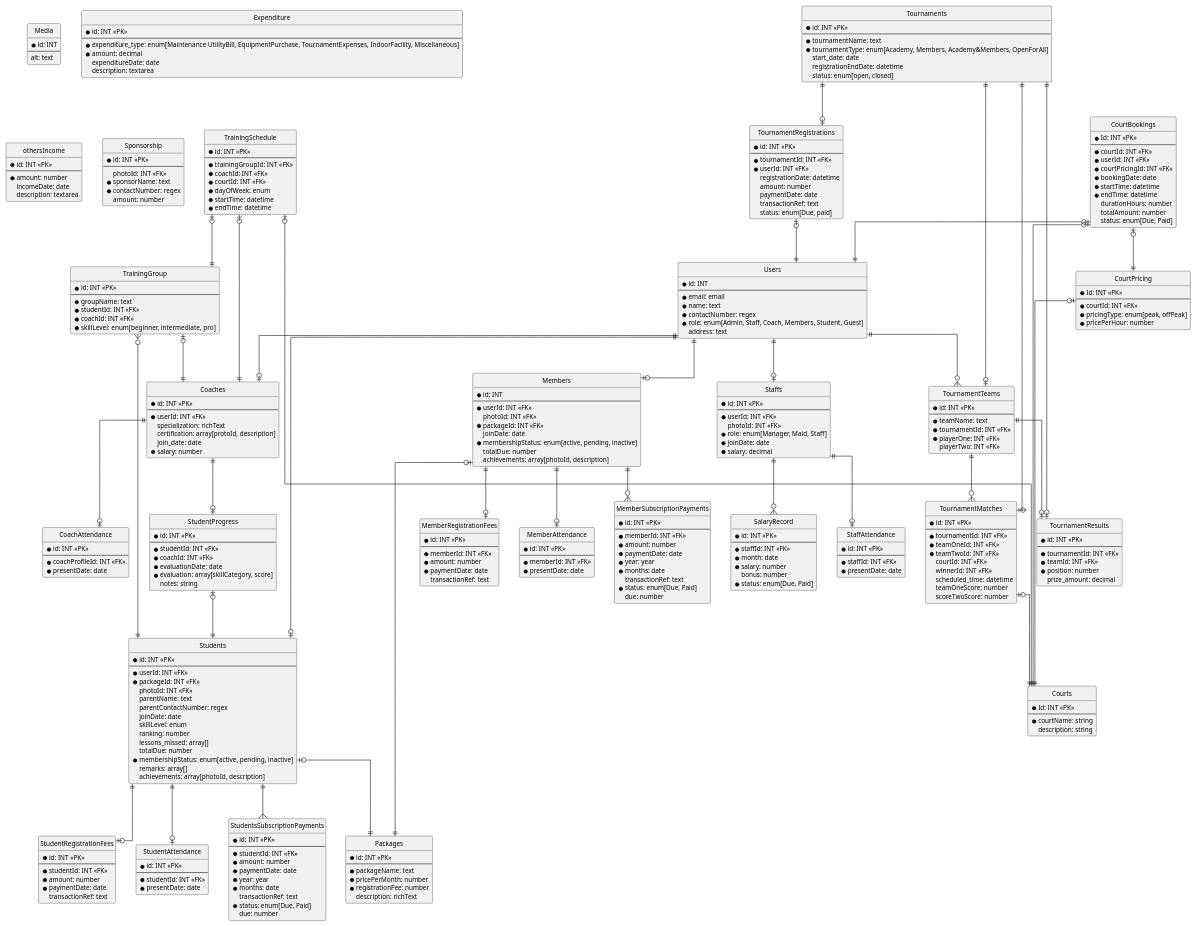
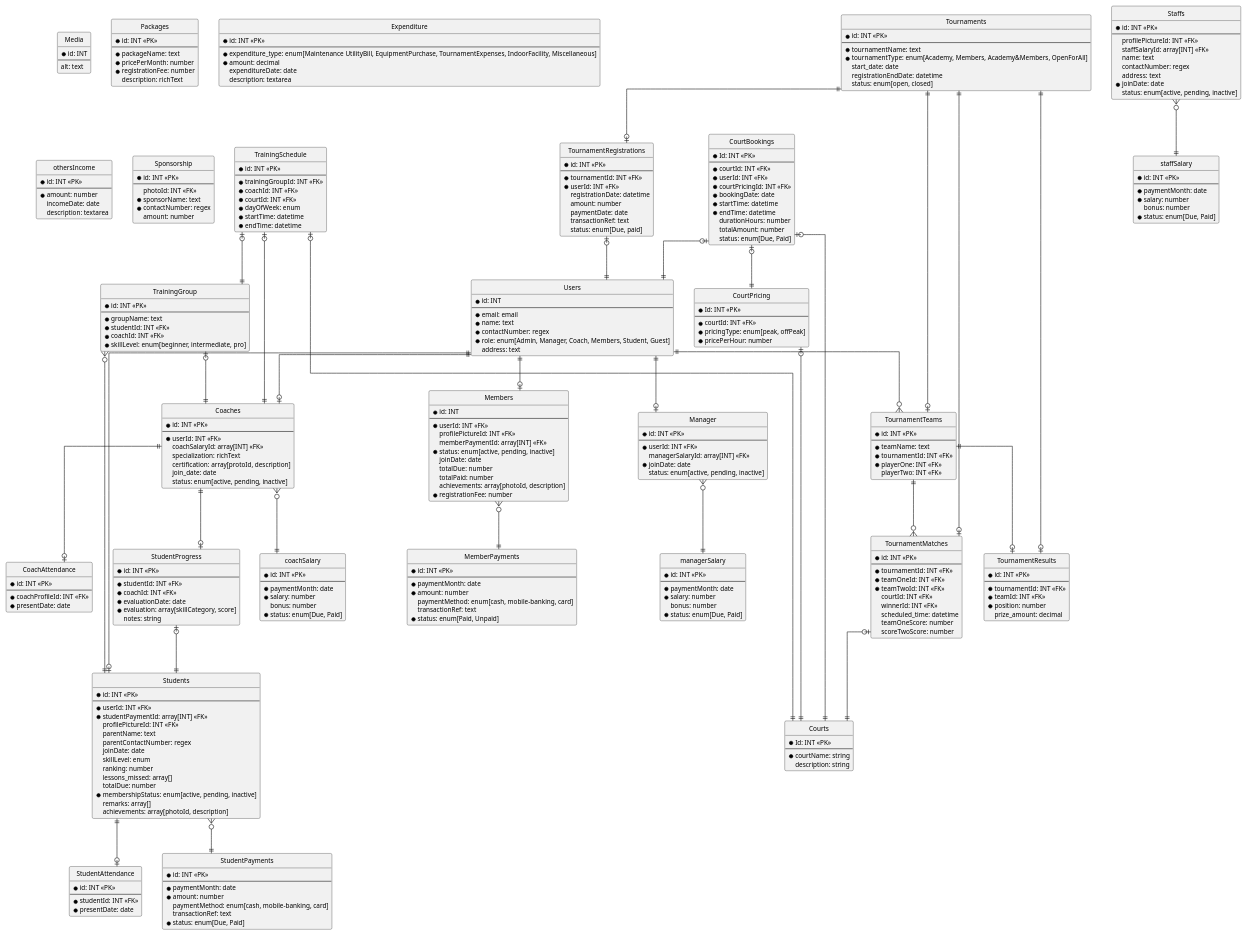
One commit to Badhon303/uusc-ims changed the diagram in docs/uusc-erd.puml. Above: the diagram before and after it, drawn with PlantUML. The commit also changed 5 other files, not shown here.

Commit message:
Manager and Staff added

```diff
--- a/docs/uusc-erd.puml
+++ b/docs/uusc-erd.puml
@@ -14,7 +14,7 @@
   *email: email
   *name: text
   *contactNumber: regex
-  *role: enum[Admin, Staff, Coach, Members, Student, Guest]
+  *role: enum[Admin, Manager, Coach, Members, Student, Guest]
   address: text
 }
 
@@ -28,20 +28,22 @@
   *id: INT
   --
   *userId: INT <<FK>>
-  photoId: INT <<FK>>
-  *packageId: INT <<FK>>
+  profilePictureId: INT <<FK>>
+  memberPaymentId: array[INT] <<FK>>
+  *status: enum[active, pending, inactive]
   joinDate: date
-  *membershipStatus: enum[active, pending, inactive]
   totalDue: number
+  totalPaid: number
   achievements: array[photoId, description]
+  *registrationFee: number
 }
 
 entity Students {
   *id: INT <<PK>>
   --
   *userId: INT <<FK>>
-  *packageId: INT <<FK>>
-  photoId: INT <<FK>>
+  *studentPaymentId: array[INT] <<FK>>
+  profilePictureId: INT <<FK>>
   parentName: text
   parentContactNumber: regex
   joinDate: date
@@ -54,36 +56,41 @@
   achievements: array[photoId, description]
 }
 
+entity Manager {
+  *id: INT <<PK>>
+  --
+  *userId: INT <<FK>>
+  managerSalaryId: array[INT] <<FK>>
+  *joinDate: date
+  status: enum[active, pending, inactive]
+}
+
 entity Staffs {
   *id: INT <<PK>>
   --
-  *userId: INT <<FK>>
-  photoId: INT <<FK>>
-  *role: enum[Manager, Maid, Staff]
+  profilePictureId: INT <<FK>>
+  staffSalaryId: array[INT] <<FK>>
+  name: text
+  contactNumber: regex
+  address: text
   *joinDate: date
-  *salary: decimal
+  status: enum[active, pending, inactive]
 }
 
 entity Coaches {
   *id: INT <<PK>>
   --
   *userId: INT <<FK>>
+  coachSalaryId: array[INT] <<FK>>
   specialization: richText
   certification: array[protoId, description]
   join_date: date
-  *salary: number
+  status: enum[active, pending, inactive]
 }
 
 ' =====================================================
 ' ATTENDANCE
 ' =====================================================
-
-entity MemberAttendance {
-  *id: INT <<PK>>
-  --
-  *memberId: INT <<FK>>
-  *presentDate: date
-}
 
 entity CoachAttendance {
   *id: INT <<PK>>
@@ -96,13 +103,6 @@
   *id: INT <<PK>>
   --
   *studentId: INT <<FK>>
-  *presentDate: date
-}
-
-entity StaffAttendance {
-  *id: INT <<PK>>
-  --
-  *staffId: INT <<FK>>
   *presentDate: date
 }
 
@@ -119,48 +119,24 @@
   description: richText
 }
 
-entity MemberSubscriptionPayments {
+entity MemberPayments {
   *id: INT <<PK>>
   --
-  *memberId: INT <<FK>>
+  *paymentMonth: date
   *amount: number
-  *paymentDate: date
-  *year: year
-  *months: date
+  paymentMethod: enum[cash, mobile-banking, card]
+  transactionRef: text
+  *status: enum[Paid, Unpaid]
+}
+
+entity StudentPayments {
+  *id: INT <<PK>>
+  --
+  *paymentMonth: date
+  *amount: number
+  paymentMethod: enum[cash, mobile-banking, card]
   transactionRef: text
   *status: enum[Due, Paid]
-  due: number
-}
-
-entity StudentsSubscriptionPayments {
-  *id: INT <<PK>>
-  --
-  *studentId: INT <<FK>>
-  *amount: number
-  *paymentDate: date
-  *year: year
-  *months: date
-  transactionRef: text
-  *status: enum[Due, Paid]
-  due: number
-}
-
-entity MemberRegistrationFees {
-  *id: INT <<PK>>
-  --
-  *memberId: INT <<FK>>
-  *amount: number
-  *paymentDate: date
-  transactionRef: text
-}
-
-entity StudentRegistrationFees {
-  *id: INT <<PK>>
-  --
-  *studentId: INT <<FK>>
-  *amount: number
-  *paymentDate: date
-  transactionRef: text
 }
 
 ' =====================================================
@@ -300,11 +276,28 @@
   description: textarea
 }
 
-entity SalaryRecord {
+entity managerSalary {
   *id: INT <<PK>>
   --
-  *staffId: INT <<FK>>
-  *month: date
+  *paymentMonth: date
+  *salary: number
+  bonus: number
+  *status: enum[Due, Paid]
+}
+
+entity staffSalary {
+  *id: INT <<PK>>
+  --
+  *paymentMonth: date
+  *salary: number
+  bonus: number
+  *status: enum[Due, Paid]
+}
+
+entity coachSalary {
+  *id: INT <<PK>>
+  --
+  *paymentMonth: date
   *salary: number
   bonus: number
   *status: enum[Due, Paid]
@@ -337,21 +330,14 @@
 
 Users ||--o| Members
 Users ||--o| Students
-Users ||--o| Staffs
 Users ||--o| Coaches
+Users ||--o| Manager
 
-Members ||--o| MemberAttendance
-Members |o--|| Packages
 Coaches ||--o| CoachAttendance
 Students ||--o| StudentAttendance
-Students |o--|| Packages
-Staffs ||--o| StaffAttendance
 
-Members ||--o{ MemberSubscriptionPayments
-Students ||--{ StudentsSubscriptionPayments
-
-Members ||--o| MemberRegistrationFees
-Students ||--o| StudentRegistrationFees
+Members }o--|| MemberPayments
+Students }o--|| StudentPayments
 
 TrainingGroup }o--|| Students
 TrainingGroup |o--|| Coaches
@@ -380,6 +366,8 @@
 Tournaments ||--o| TournamentResults 
 TournamentTeams ||--o| TournamentResults 
 
-Staffs ||--o{ SalaryRecord 
+Manager }o--|| managerSalary 
+Staffs }o--|| staffSalary 
+Coaches }o--|| coachSalary 
 
 @enduml
```
